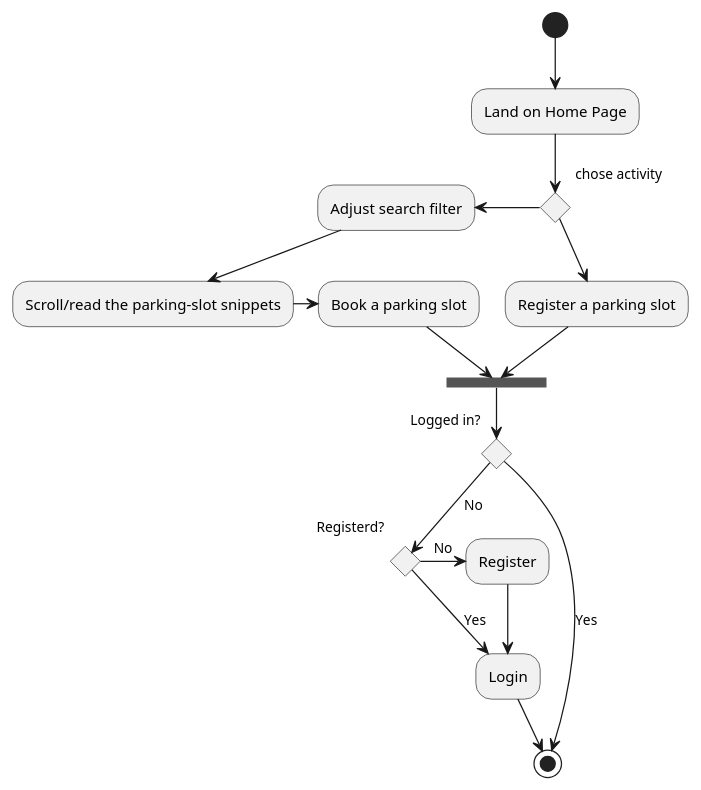
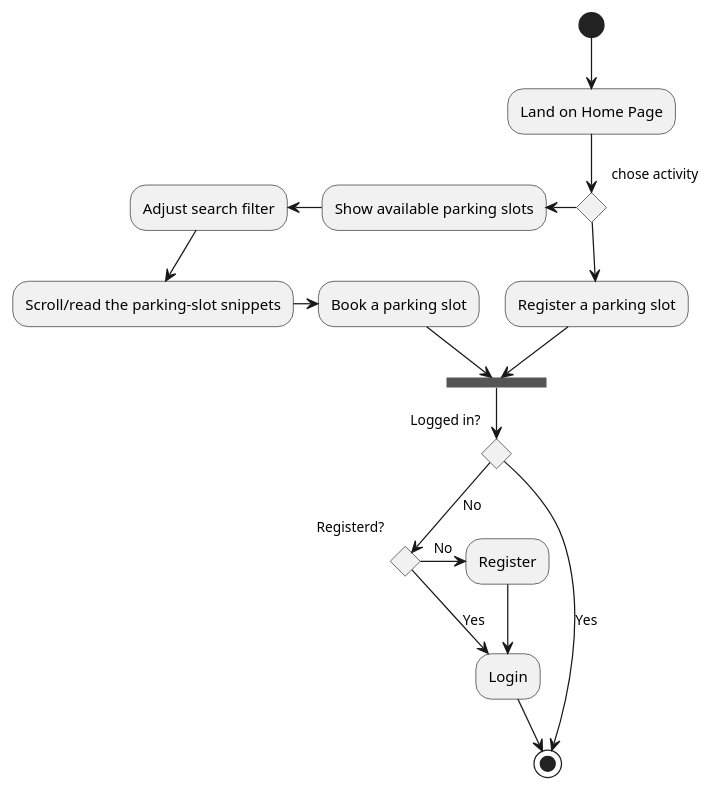
One commit to SOFTWARE-ENGINEERING-GRUPPE-17/sayHelloToMyLilFriend changed the diagram in src/diagrams/Browse Main Page.puml. Above: the diagram before and after it, drawn with PlantUML. The commit also changed 1 other file, not shown here.

Commit message:
Update diagram Browse Main Page

```diff
--- a/src/diagrams/Browse Main Page.puml
+++ b/src/diagrams/Browse Main Page.puml
@@ -1,32 +1,33 @@
 @startuml
 (*)  --> "Land on Home Page"
 if "chose activity" then
+-left->  "Show available parking slots"
 -left->  "Adjust search filter"
 --> "Scroll/read the parking-slot snippets"
 -right-> "Book a parking slot"
 else
 --> "Register a parking slot"
 endif
 
 "Register a parking slot" -->  ===B1===
 "Book a parking slot" --> ===B1===
 
 ===B1=== --> if "Logged in?"
  -->[No] if "Registerd?"
  -right->[No] "Register"
  --> "Login"
     else
     -->[Yes] "Login"
     endif
 "Login" --> (*)
  else
  -right->[Yes] (*)
 
 
 '--> "Register"
 '
 '--> "Register a parking slot"
 'Endif
 '-->"Login"
 
 @enduml
```
